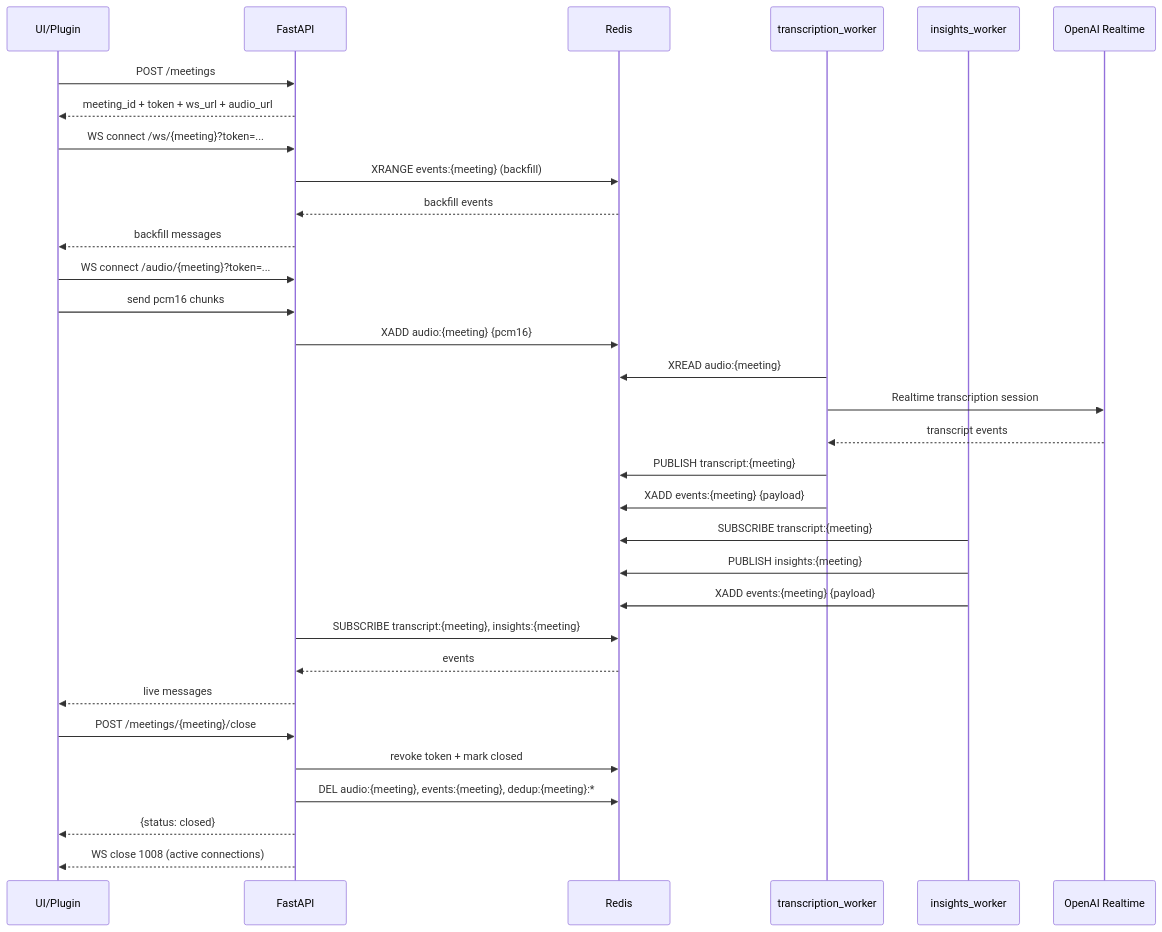
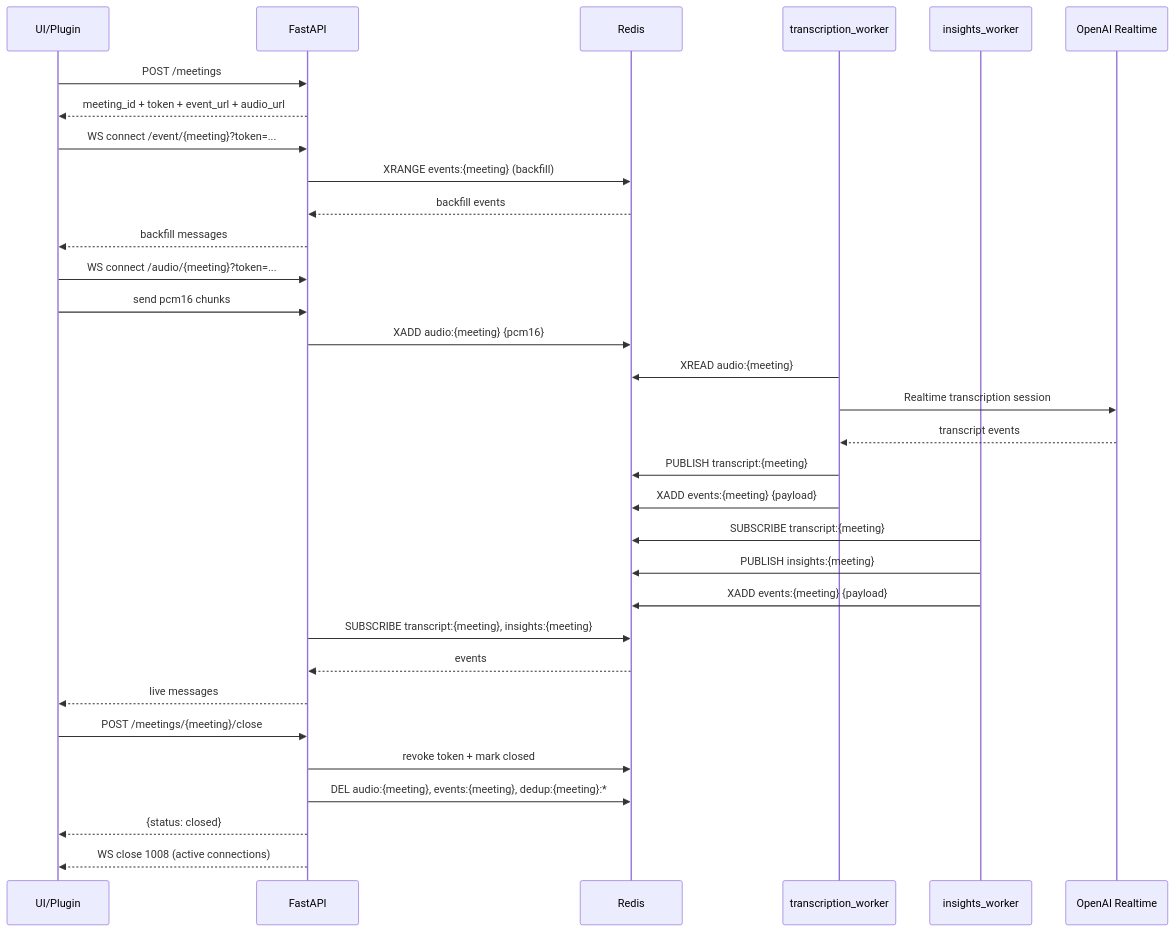
Before and after one commit to GuuhRodrigues/context_ai_plugin: the second of 2 diagrams in README.md, drawn with Mermaid. The commit also changed other lines of this file and 10 other files, not shown here.

````diff
--- a/README.md
+++ b/README.md
@@ -84,41 +83,41 @@
 ```mermaid
 sequenceDiagram
   participant UI as UI/Plugin
   participant API as FastAPI
   participant Redis as Redis
   participant TR as transcription_worker
   participant IN as insights_worker
   participant OpenAI as OpenAI Realtime
 
   UI->>API: POST /meetings
-  API-->>UI: meeting_id + token + ws_url + audio_url
+  API-->>UI: meeting_id + token + event_url + audio_url
 
-  UI->>API: WS connect /ws/{meeting}?token=...
+  UI->>API: WS connect /event/{meeting}?token=...
   API->>Redis: XRANGE events:{meeting} (backfill)
   Redis-->>API: backfill events
   API-->>UI: backfill messages
 
   UI->>API: WS connect /audio/{meeting}?token=...
   UI->>API: send pcm16 chunks
   API->>Redis: XADD audio:{meeting} {pcm16}
 
   TR->>Redis: XREAD audio:{meeting}
   TR->>OpenAI: Realtime transcription session
   OpenAI-->>TR: transcript events
   TR->>Redis: PUBLISH transcript:{meeting}
   TR->>Redis: XADD events:{meeting} {payload}
 
   IN->>Redis: SUBSCRIBE transcript:{meeting}
   IN->>Redis: PUBLISH insights:{meeting}
   IN->>Redis: XADD events:{meeting} {payload}
 
   API->>Redis: SUBSCRIBE transcript:{meeting}, insights:{meeting}
   Redis-->>API: events
   API-->>UI: live messages
 
   UI->>API: POST /meetings/{meeting}/close
   API->>Redis: revoke token + mark closed
   API->>Redis: DEL audio:{meeting}, events:{meeting}, dedup:{meeting}:*
   API-->>UI: {status: closed}
   API-->>UI: WS close 1008 (active connections)
 ```
````
